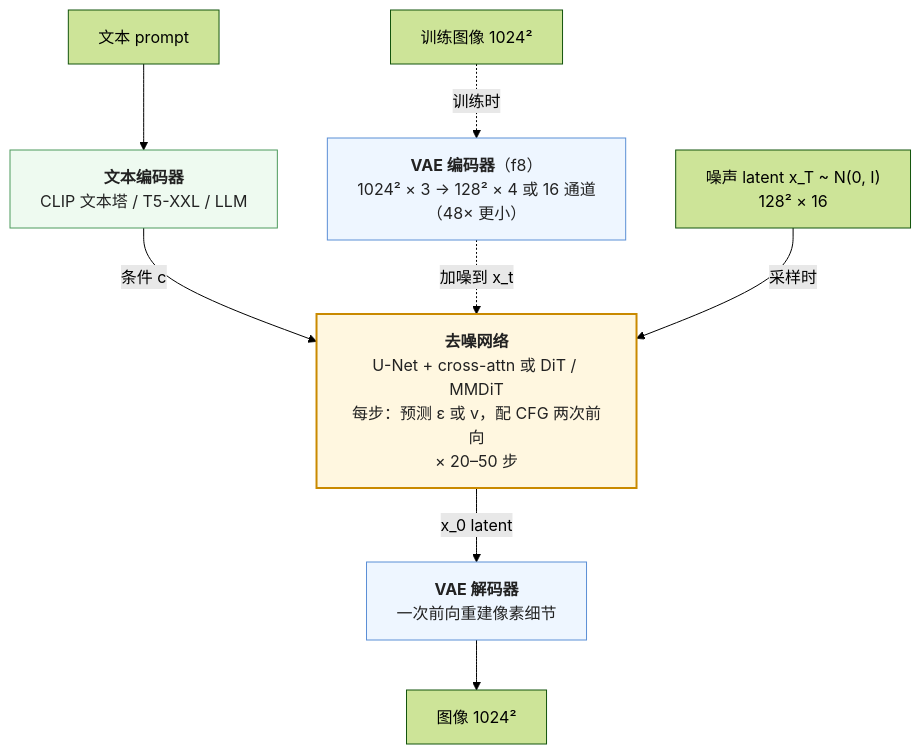
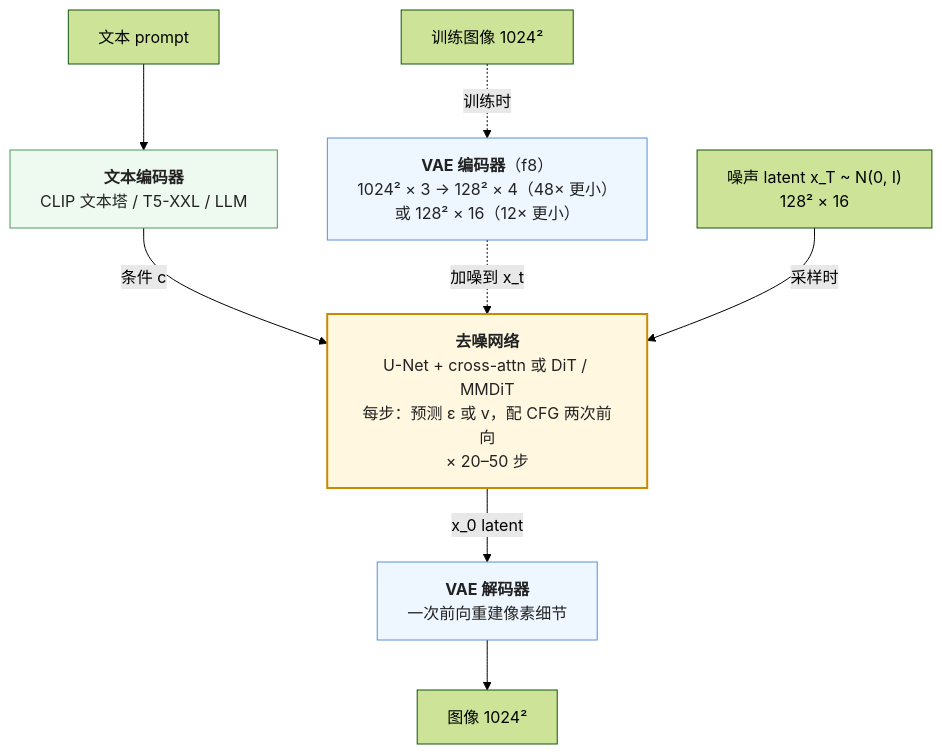
The diagram in _posts/2026-05-08-latent-diffusion-dit-and-text-to-image-recipes.md (arganzheng/arganzheng.github.com), drawn with Mermaid (forest theme) before and after one commit. The commit also changed other lines of this file and 10 other files, not shown here.

````diff
--- a/_posts/2026-05-08-latent-diffusion-dit-and-text-to-image-recipes.md
+++ b/_posts/2026-05-08-latent-diffusion-dit-and-text-to-image-recipes.md
@@ -36,26 +36,26 @@
 ```mermaid
 %%{init: {"flowchart": {"wrappingWidth": 260}}}%%
 flowchart TB
     TXT["文本 prompt"] --> TE["`**文本编码器**
 CLIP 文本塔 / T5-XXL / LLM`"]
     TE -- "条件 c" --> NET
     IMG["训练图像 1024²"] -. "训练时" .-> VE["`**VAE 编码器**（f8）
-1024² × 3 → 128² × 4 或 16 通道
-（48× 更小）`"]
+1024² × 3 → 128² × 4（48× 更小）
+或 128² × 16（12× 更小）`"]
     VE -. "加噪到 x_t" .-> NET
     Z["噪声 latent x_T ~ N(0, I)
 128² × 16"] -- "采样时" --> NET["`**去噪网络**
 U-Net + cross-attn 或 DiT / MMDiT
 每步：预测 ε 或 v，配 CFG 两次前向
 × 20–50 步`"]
     NET -- "x_0 latent" --> VD["`**VAE 解码器**
 一次前向重建像素细节`"]
     VD --> OUT["图像 1024²"]
 
     classDef text fill:#eefaf0,stroke:#4d9a5c,color:#222
     classDef vae fill:#eef6ff,stroke:#5b8fd6,color:#222
     classDef net fill:#fff7e0,stroke:#c98a00,stroke-width:2px,color:#222
     class TE text
     class VE,VD vae
     class NET net
 ```
````
